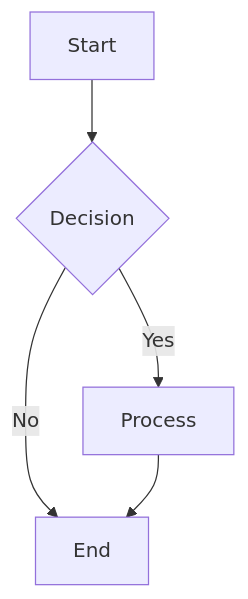
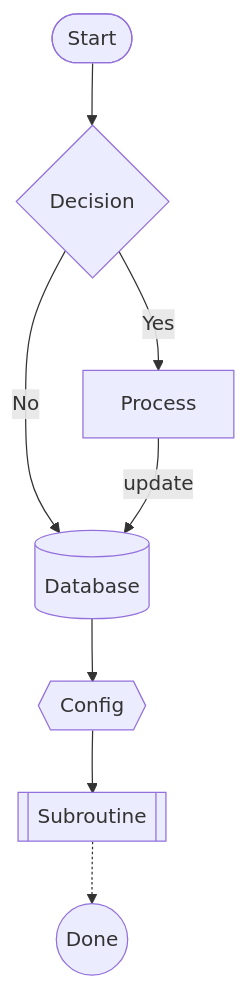
The diagram in examples/flowchart.mmd (sc2in/pozeiden), drawn with Mermaid before and after one commit. The commit also changed 20 other files, not shown here.

```diff
--- a/examples/flowchart.mmd
+++ b/examples/flowchart.mmd
@@ -1,5 +1,8 @@
-graph TD
-    A[Start] --> B{Decision}
+flowchart TD
+    A([Start]) --> B{Decision}
     B -->|Yes| C[Process]
-    B -->|No| D[End]
-    C --> D
+    B -->|No| D[(Database)]
+    C -- update --> D
+    D --> E{{Config}}
+    E --> F[[Subroutine]]
+    F -.-> G((Done))
```
